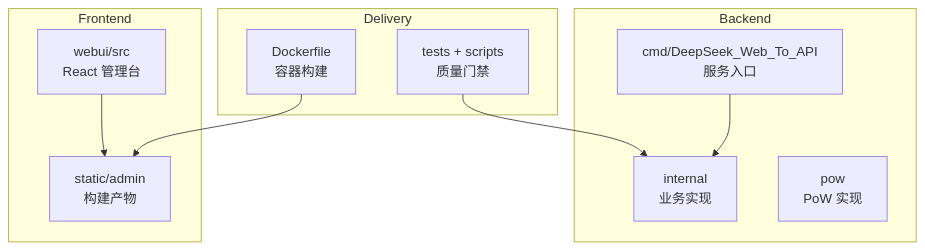
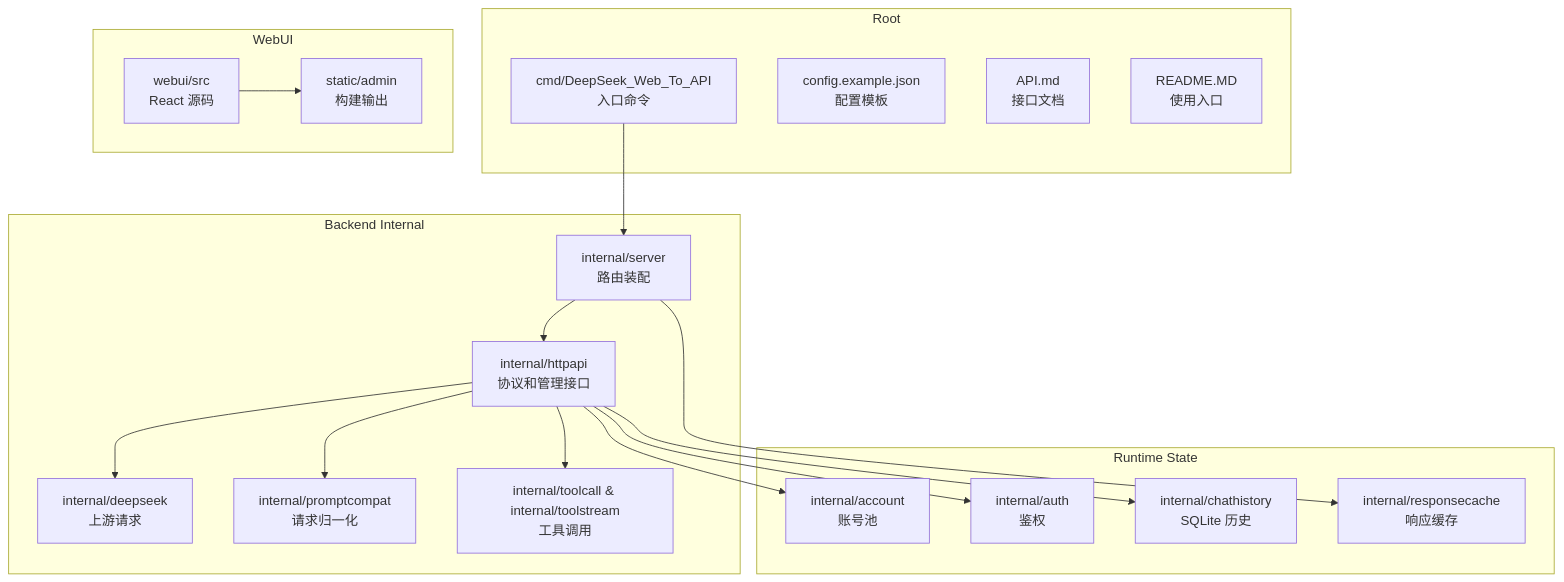
Before and after one commit to marklove5102/DeepSeek_Web_To_API: the first of 2 diagrams in docs/Project Overview/Project Overview.md, drawn with Mermaid. The commit also changed other lines of this file and 27 other files, not shown here.

````diff
--- a/docs/Project Overview/Project Overview.md
+++ b/docs/Project Overview/Project Overview.md
@@ -37,20 +39,36 @@
 ```mermaid
 graph TB
-subgraph "Backend"
-CMD["cmd/DeepSeek_Web_To_API<br/>服务入口"]
-INTERNAL["internal<br/>业务实现"]
-POW["pow<br/>PoW 实现"]
+subgraph "Root"
+MAIN["cmd/DeepSeek_Web_To_API<br/>入口命令"]
+CONFIG["config.example.json<br/>配置模板"]
+API["API.md<br/>接口文档"]
+README["README.MD<br/>使用入口"]
 end
-subgraph "Frontend"
-WEBUI["webui/src<br/>React 管理台"]
-STATIC["static/admin<br/>构建产物"]
+subgraph "Backend Internal"
+SERVER["internal/server<br/>路由装配"]
+HTTPAPI["internal/httpapi<br/>协议和管理接口"]
+DEEPSEEK["internal/deepseek<br/>上游请求"]
+PROMPT["internal/promptcompat<br/>请求归一化"]
+TOOL["internal/toolcall & internal/toolstream<br/>工具调用"]
 end
-subgraph "Delivery"
-DOCKER["Dockerfile<br/>容器构建"]
-TESTS["tests + scripts<br/>质量门禁"]
+subgraph "Runtime State"
+ACCOUNT["internal/account<br/>账号池"]
+AUTH["internal/auth<br/>鉴权"]
+HISTORY["internal/chathistory<br/>SQLite 历史"]
+CACHE["internal/responsecache<br/>响应缓存"]
 end
-CMD --> INTERNAL
-WEBUI --> STATIC
-DOCKER --> STATIC
-TESTS --> INTERNAL
+subgraph "WebUI"
+WEBUISRC["webui/src<br/>React 源码"]
+STATIC["static/admin<br/>构建输出"]
+end
+MAIN --> SERVER
+SERVER --> HTTPAPI
+HTTPAPI --> DEEPSEEK
+HTTPAPI --> PROMPT
+HTTPAPI --> TOOL
+HTTPAPI --> ACCOUNT
+HTTPAPI --> AUTH
+HTTPAPI --> HISTORY
+SERVER --> CACHE
+WEBUISRC --> STATIC
 ```
````
